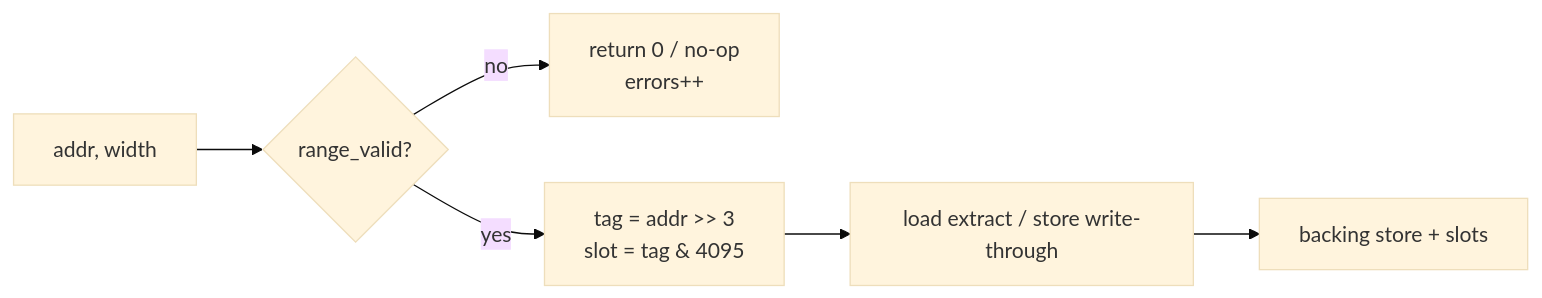
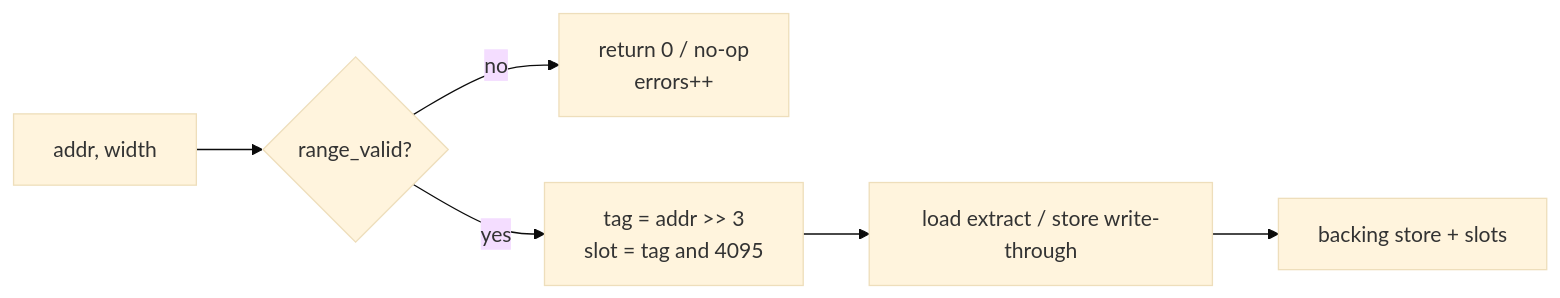
One commit to AHMADALIPARR/memcache changed the second of 3 diagrams in README.md. Above: the diagram before and after it, drawn with Mermaid (base theme). The commit also changed other lines of this file, not shown here.

Commit message:
Fix broken image links: use mermaid system map (GitHub-safe) + link SVGs

````diff
--- a/README.md
+++ b/README.md
@@ -22,8 +57,8 @@
 ```mermaid
 flowchart LR
     IN["addr, width"] --> V{"range_valid?"}
     V -->|no| ERR["return 0 / no-op\nerrors++"]
-    V -->|yes| SLOT["tag = addr >> 3\nslot = tag & 4095"]
+    V -->|yes| SLOT["tag = addr >> 3\nslot = tag and 4095"]
     SLOT --> OP["load extract / store write-through"]
     OP --> MEM["backing store + slots"]
 ```
````
